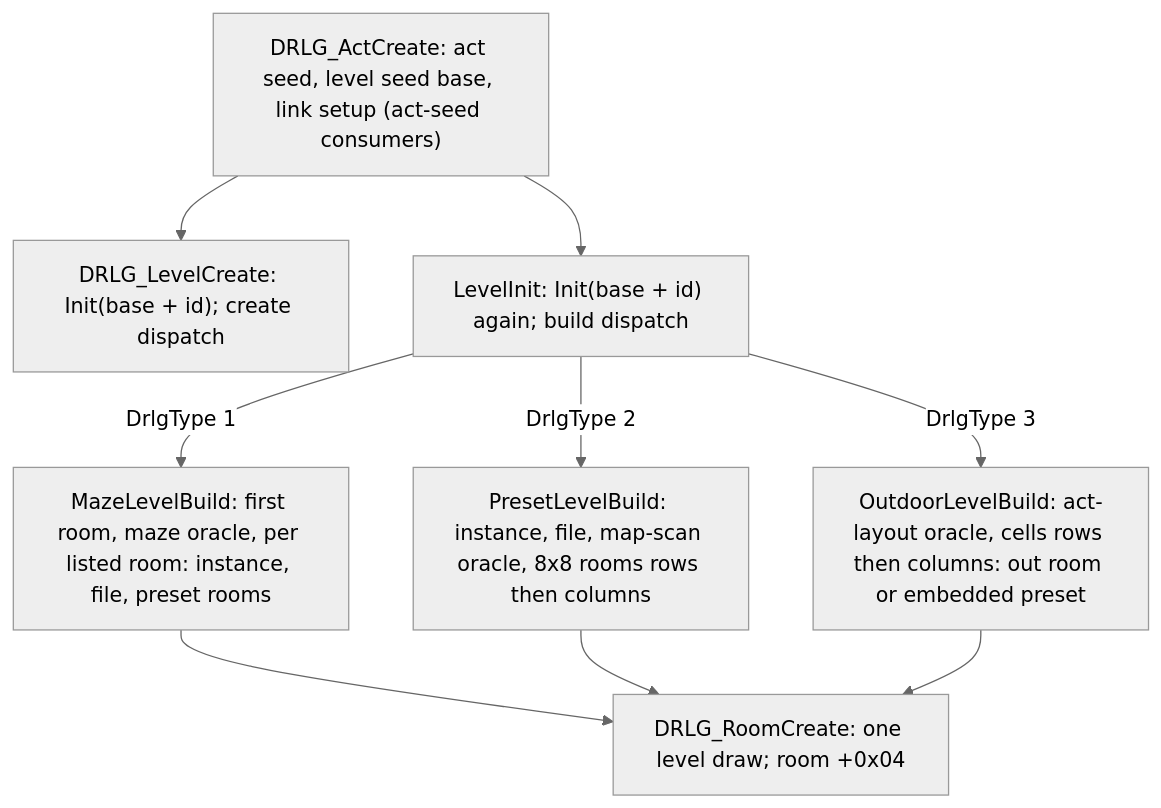
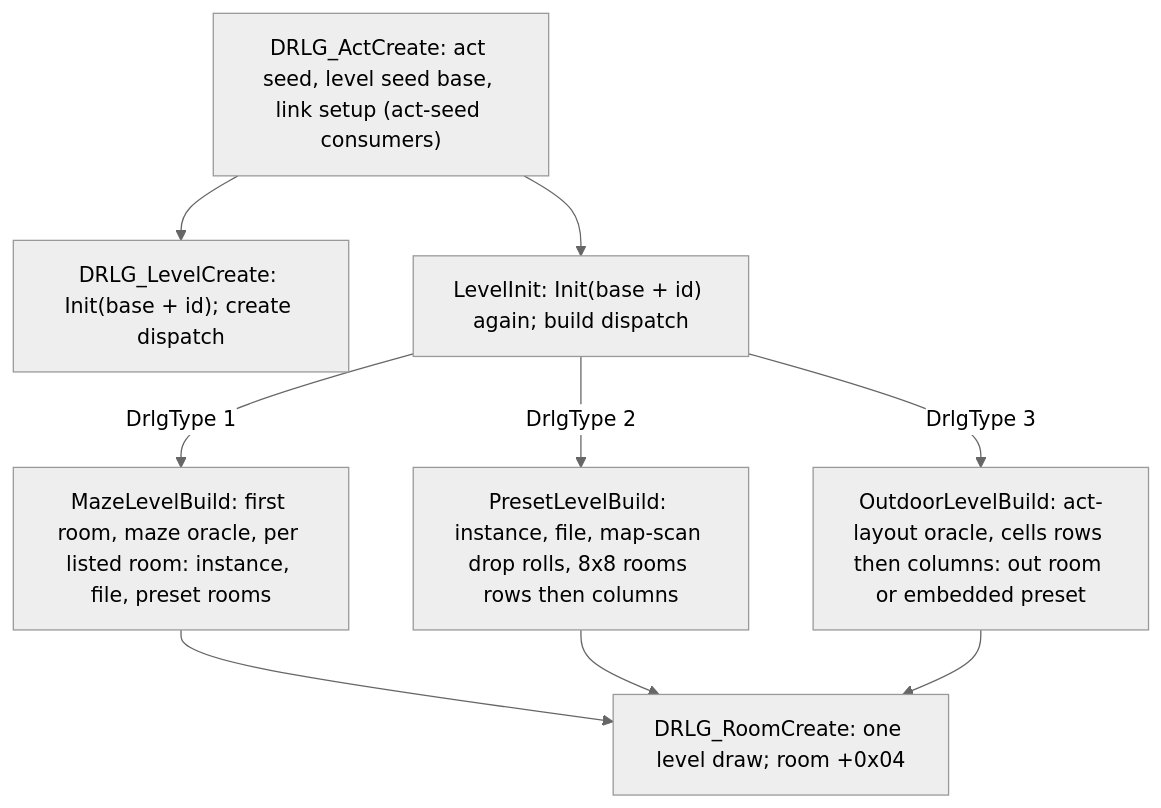
One commit to IgorKonovalov/diablo-2-recompilation changed the first of 5 diagrams in docs/specs/drlg/README.md. Above: the diagram before and after it, drawn with Mermaid (neutral theme). The commit also changed other lines of this file and 4 other files, not shown here.

First line of the commit message:
docs(specs): drlg/preset, the DS1 unit list, keep/drop rolls and LvlPrest columns (plan 0016 Phase 3)

````diff
--- a/docs/specs/drlg/README.md
+++ b/docs/specs/drlg/README.md
@@ -99,18 +100,18 @@
 ```mermaid
 flowchart TD
   act["DRLG_ActCreate: act seed, level seed base, link setup (act-seed consumers)"]
   lc["DRLG_LevelCreate: Init(base + id); create dispatch"]
   li["LevelInit: Init(base + id) again; build dispatch"]
   maze["MazeLevelBuild: first room, maze oracle, per listed room: instance, file, preset rooms"]
-  pre["PresetLevelBuild: instance, file, map-scan oracle, 8x8 rooms rows then columns"]
+  pre["PresetLevelBuild: instance, file, map-scan drop rolls, 8x8 rooms rows then columns"]
   out["OutdoorLevelBuild: act-layout oracle, cells rows then columns: out room or embedded preset"]
   room["DRLG_RoomCreate: one level draw; room +0x04"]
   act --> lc
   act --> li
   li -->|"DrlgType 1"| maze
   li -->|"DrlgType 2"| pre
   li -->|"DrlgType 3"| out
   maze --> room
   pre --> room
   out --> room
 ```
````
